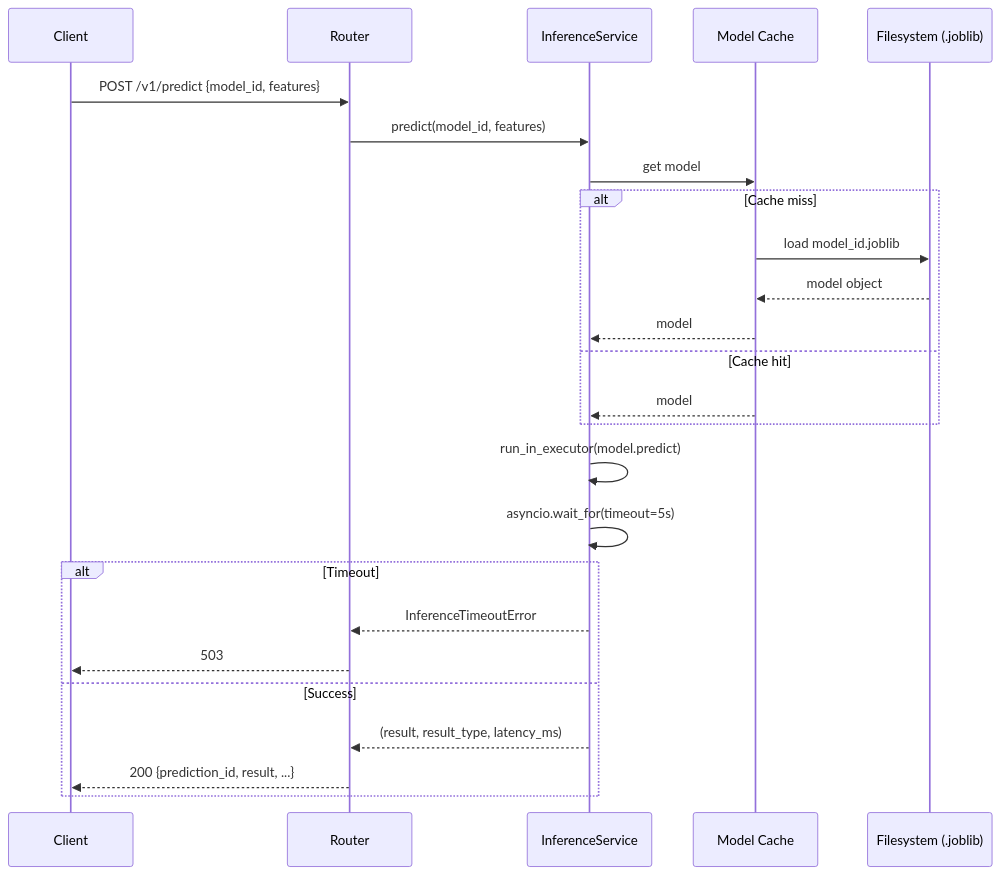
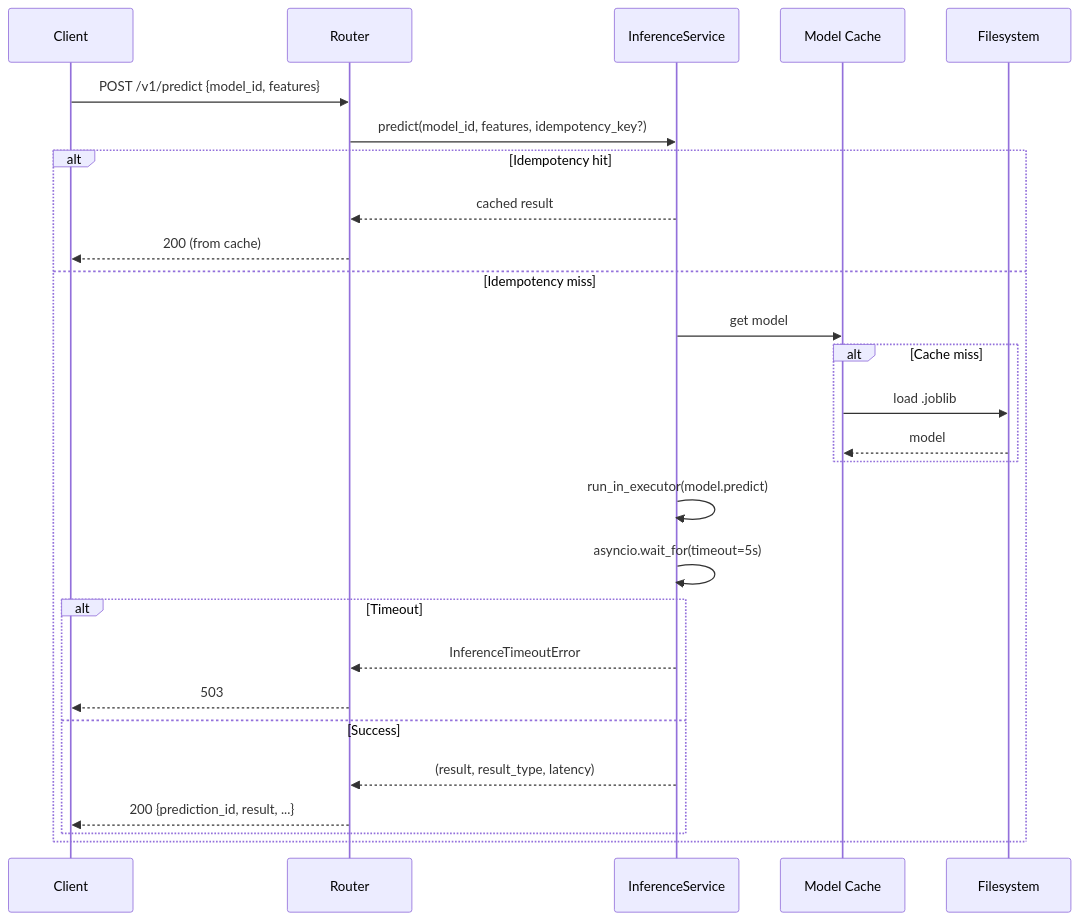
Before and after one commit to victormorenob/Zenith-ops: the second of 2 diagrams in docs/adr/DDD-001-arquitectura.md, drawn with Mermaid. The commit also changed other lines of this file and 22 other files, not shown here.

First line of the commit message:
feat(model-registry): add versioned model catalog with API and inference integration (#27)

````diff
--- a/docs/adr/DDD-001-arquitectura.md
+++ b/docs/adr/DDD-001-arquitectura.md
@@ -70,28 +70,32 @@
 ```mermaid
 sequenceDiagram
     participant C as Client
     participant R as Router
     participant IS as InferenceService
     participant CACHE as Model Cache
-    participant FS as Filesystem (.joblib)
+    participant FS as Filesystem
     
     C->>R: POST /v1/predict {model_id, features}
-    R->>IS: predict(model_id, features)
-    IS->>CACHE: get model
-    alt Cache miss
-        CACHE->>FS: load model_id.joblib
-        FS-->>CACHE: model object
-        CACHE-->>IS: model
-    else Cache hit
-        CACHE-->>IS: model
-    end
-    IS->>IS: run_in_executor(model.predict)
-    IS->>IS: asyncio.wait_for(timeout=5s)
-    alt Timeout
-        IS-->>R: InferenceTimeoutError
-        R-->>C: 503
-    else Success
-        IS-->>R: (result, result_type, latency_ms)
-        R-->>C: 200 {prediction_id, result, ...}
+    R->>IS: predict(model_id, features, idempotency_key?)
+    
+    alt Idempotency hit
+        IS-->>R: cached result
+        R-->>C: 200 (from cache)
+    else Idempotency miss
+        IS->>CACHE: get model
+        alt Cache miss
+            CACHE->>FS: load .joblib
+            FS-->>CACHE: model
+        end
+        IS->>IS: run_in_executor(model.predict)
+        IS->>IS: asyncio.wait_for(timeout=5s)
+        
+        alt Timeout
+            IS-->>R: InferenceTimeoutError
+            R-->>C: 503
+        else Success
+            IS-->>R: (result, result_type, latency)
+            R-->>C: 200 {prediction_id, result, ...}
+        end
     end
 ```
````
